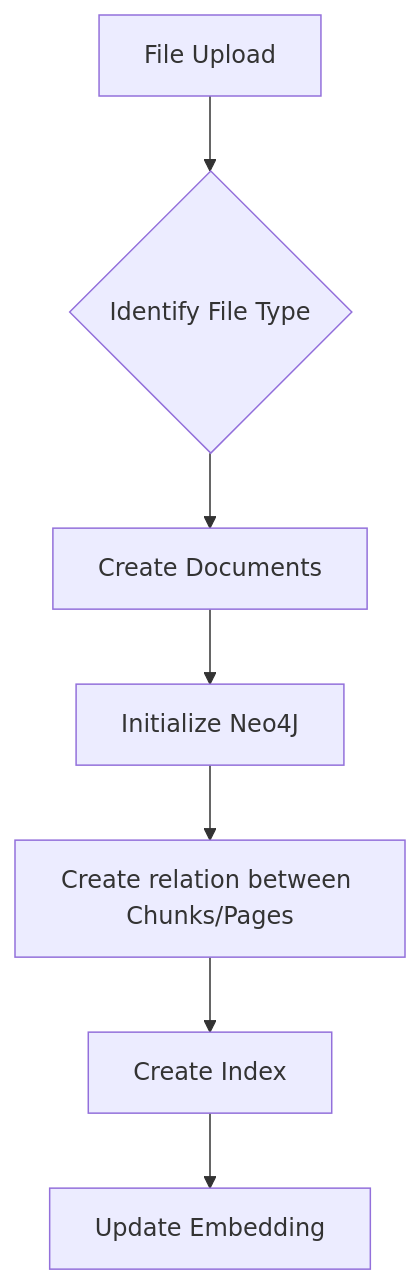
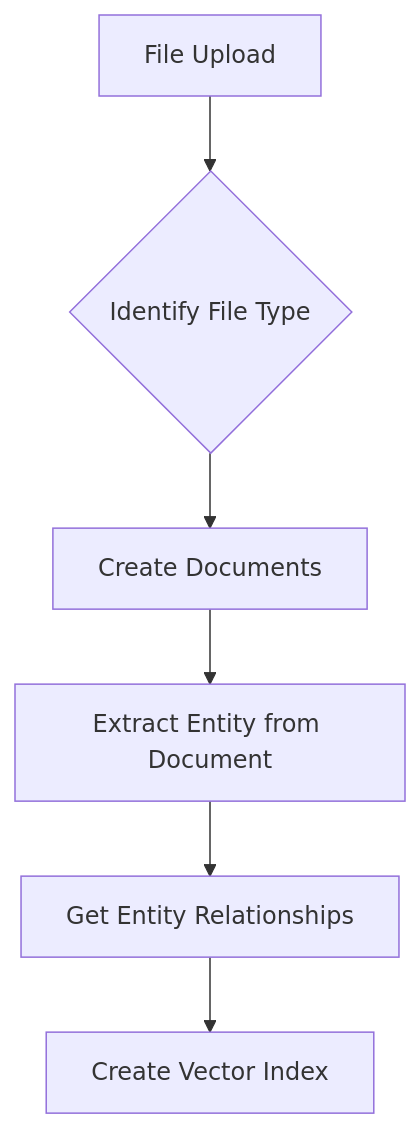
One commit to blacksmithop/LLM-Graph-Builder changed the first of 2 diagrams in Readme.md. Above: the diagram before and after it, drawn with Mermaid. The commit also changed other lines of this file, not shown here.

Commit message:
feat: Add diagrams

````diff
--- a/Readme.md
+++ b/Readme.md
@@ -4,9 +4,8 @@
 ```mermaid
 flowchart TD
     A[File Upload] --> B{Identify File Type}
     B --> C[Create Documents]
-    C --> D[Initialize Neo4J]
-    D --> E[Create relation between Chunks/Pages]
-    E --> F[Create Index]
-    F --> G[Update Embedding]
+    C --> D[Extract Entity from Document]
+    D --> E[Get Entity Relationships]
+    E --> F[Create Vector Index]
 ```
````
